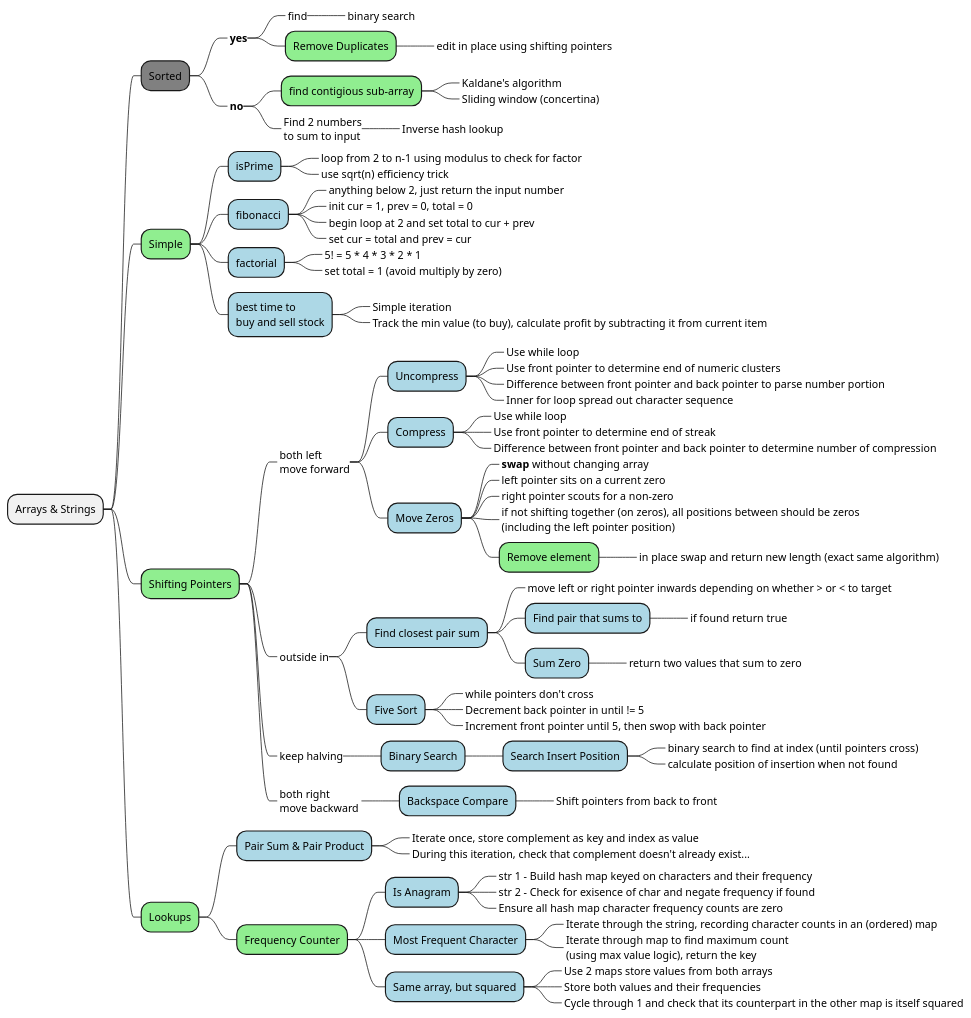
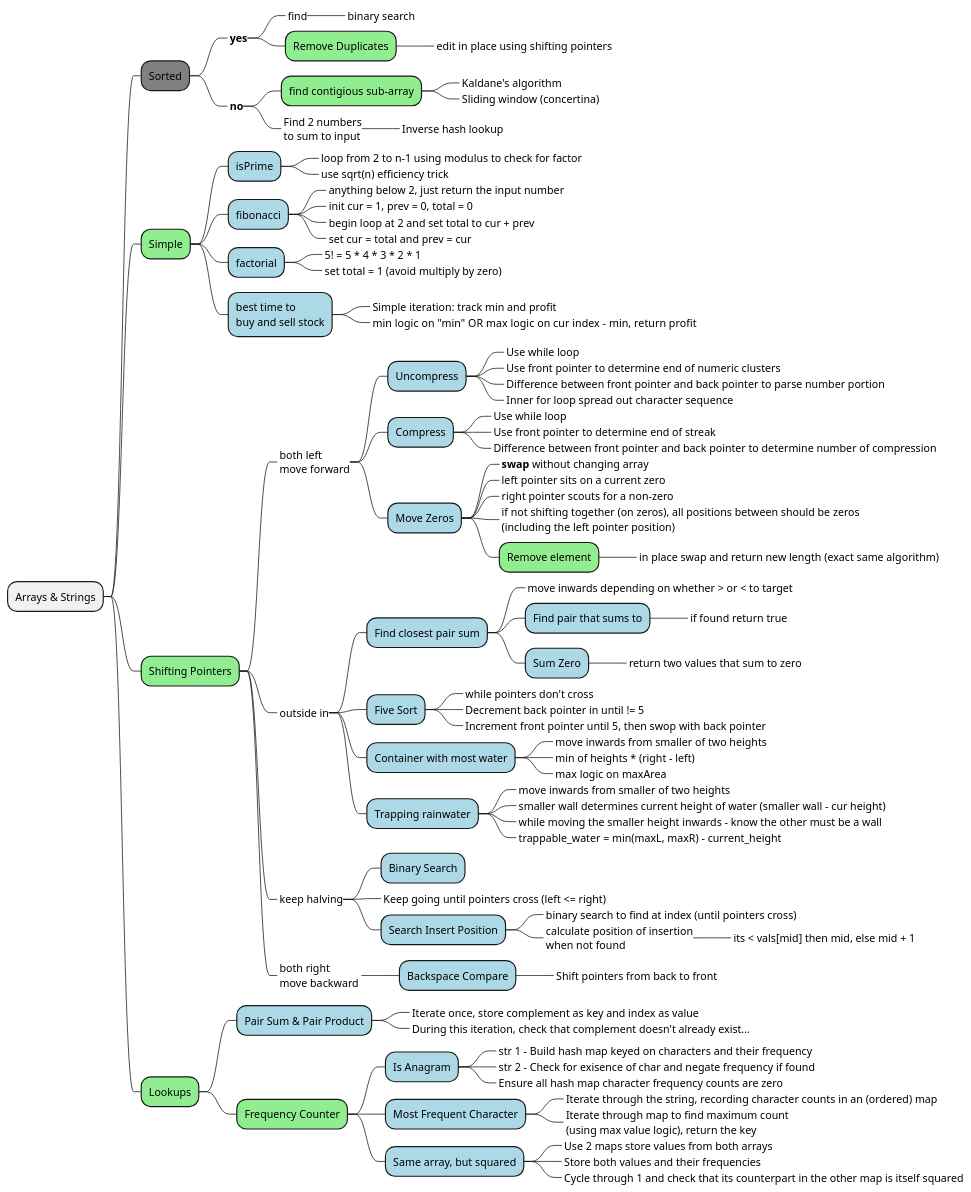
Before and after one commit to bobbyache/study-diagrams: the diagram in alvin/arrays-and-strings.plantuml, drawn with PlantUML.

Commit message:
water problems

```diff
--- a/alvin/arrays-and-strings.plantuml
+++ b/alvin/arrays-and-strings.plantuml
@@ -1,93 +1,106 @@
 @startmindmap "Arrays and Strings"
 
 + Arrays & Strings
 ++[#grey] Sorted
 +++_ **yes**
 ++++_ find
 +++++_ binary search
 ++++[#lightgreen] Remove Duplicates
 +++++_ edit in place using shifting pointers
 +++_ **no**
 ++++[#lightgreen] find contigious sub-array
 +++++_ Kaldane's algorithm
 +++++_ Sliding window (concertina)
 ++++_ Find 2 numbers\nto sum to input
 +++++_ Inverse hash lookup
 ++[#lightgreen] Simple
 +++[#lightblue] isPrime
 ++++_ loop from 2 to n-1 using modulus to check for factor
 ++++_ use sqrt(n) efficiency trick
 +++[#lightblue] fibonacci
 ++++_ anything below 2, just return the input number
 ++++_ init cur = 1, prev = 0, total = 0
 ++++_ begin loop at 2 and set total to cur + prev
 ++++_ set cur = total and prev = cur
 +++[#lightblue] factorial
 ++++_ 5! = 5 * 4 * 3 * 2 * 1
 ++++_ set total = 1 (avoid multiply by zero)
 +++[#lightblue] best time to\nbuy and sell stock
-++++_ Simple iteration
-++++_ Track the min value (to buy), calculate profit by subtracting it from current item
+++++_ Simple iteration: track min and profit
+++++_ min logic on "min" OR  max logic on cur index - min, return profit
 
 ++[#lightgreen] Shifting Pointers
 +++_ both left\nmove forward
 ++++[#lightblue] Uncompress
 +++++_ Use while loop
 +++++_ Use front pointer to determine end of numeric clusters
 +++++_ Difference between front pointer and back pointer to parse number portion
 +++++_ Inner for loop spread out character sequence
 ++++[#lightblue] Compress
 +++++_ Use while loop
 +++++_ Use front pointer to determine end of streak
 +++++_ Difference between front pointer and back pointer to determine number of compression
 ++++[#lightblue] Move Zeros
 +++++_ **swap** without changing array
 +++++_ left pointer sits on a current zero
 +++++_ right pointer scouts for a non-zero
 +++++_ if not shifting together (on zeros), all positions between should be zeros\n(including the left pointer position)
 +++++[#lightgreen] Remove element
 ++++++_ in place swap and return new length (exact same algorithm)
 
 
-
 +++_ outside in
 ++++[#lightblue] Find closest pair sum
-+++++_ move left or right pointer inwards depending on whether > or < to target
++++++_ move inwards depending on whether > or < to target
 +++++[#lightblue] Find pair that sums to
 ++++++_ if found return true
 +++++[#lightblue] Sum Zero
 ++++++_ return two values that sum to zero
 ++++[#lightblue] Five Sort
 +++++_ while pointers don't cross
 +++++_ Decrement back pointer in until != 5
 +++++_ Increment front pointer until 5, then swop with back pointer
+++++[#lightblue] Container with most water
++++++_ move inwards from smaller of two heights
++++++_ min of heights * (right - left)
++++++_ max logic on maxArea
+
+' Busy editing this in place...
+
+++++[#lightblue] Trapping rainwater
++++++_ move inwards from smaller of two heights
++++++_ smaller wall determines current height of water (smaller wall - cur height)
++++++_ while moving the smaller height inwards - know the other must be a wall
++++++_ trappable_water = min(maxL, maxR) - current_height
 
 +++_ keep halving
 ++++[#lightblue] Binary Search
-+++++[#lightblue] Search Insert Position
-++++++_ binary search to find at index (until pointers cross)
-++++++_ calculate position of insertion when not found
+++++_ Keep going until pointers cross (left <= right)
+++++[#lightblue] Search Insert Position
++++++_ binary search to find at index (until pointers cross)
++++++_ calculate position of insertion\nwhen not found
+++++++_ its < vals[mid] then mid, else mid + 1
 
 +++_ both right\nmove backward 
 ++++[#lightblue] Backspace Compare
 +++++_ Shift pointers from back to front
 
 ++[#lightgreen] Lookups
 +++[#lightblue] Pair Sum & Pair Product
 ++++_ Iterate once, store complement as key and index as value
 ++++_ During this iteration, check that complement doesn't already exist...
 
 +++[#lightgreen] Frequency Counter
 ++++[#lightblue] Is Anagram
 +++++_ str 1 - Build hash map keyed on characters and their frequency
 +++++_ str 2 - Check for exisence of char and negate frequency if found
 +++++_ Ensure all hash map character frequency counts are zero
 ++++[#lightblue] Most Frequent Character
 +++++_ Iterate through the string, recording character counts in an (ordered) map
 +++++_ Iterate through map to find maximum count\n(using max value logic), return the key
 ++++[#lightblue] Same array, but squared
 +++++_ Use 2 maps store values from both arrays
 +++++_ Store both values and their frequencies
 +++++_ Cycle through 1 and check that its counterpart in the other map is itself squared
 
 @endmindmap
```
